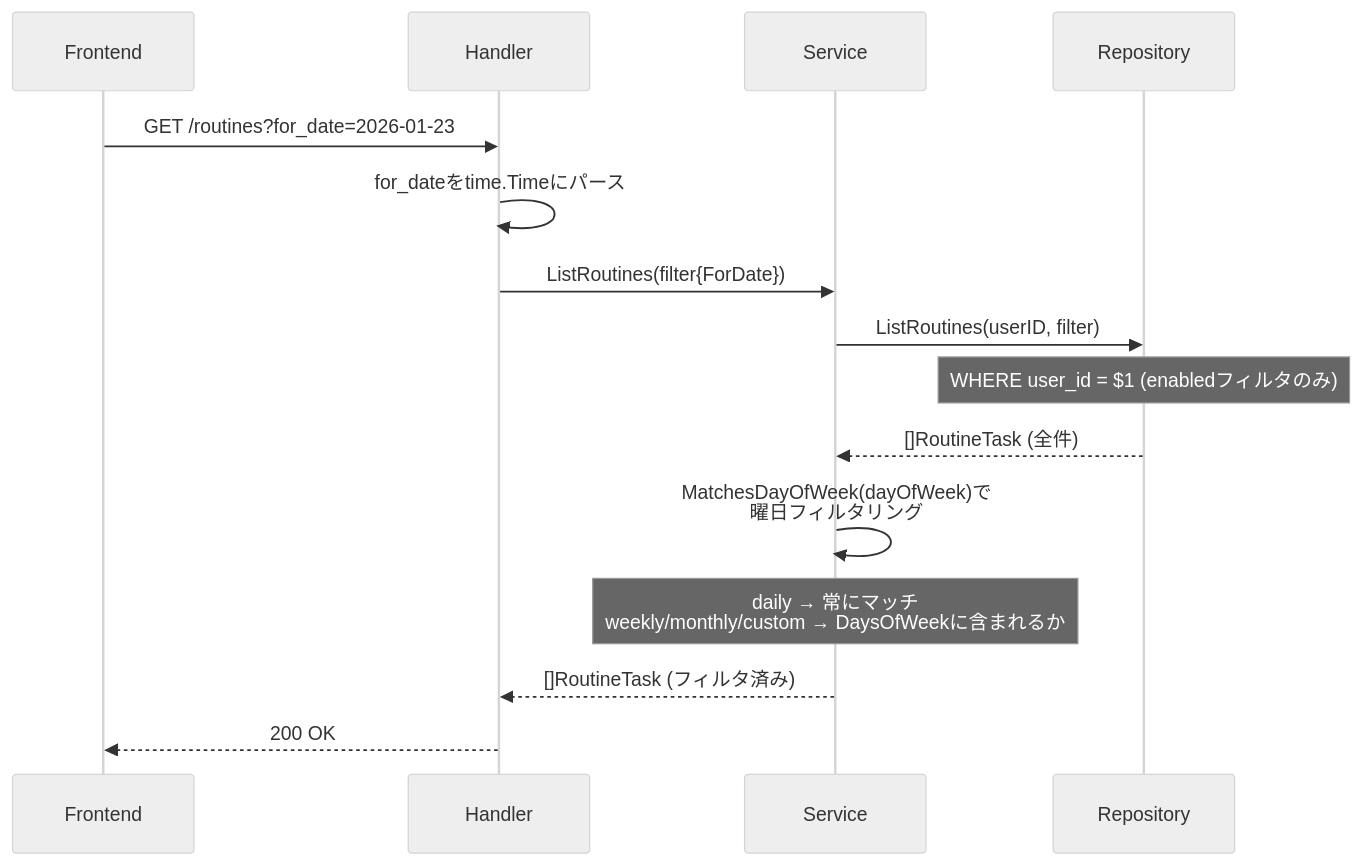
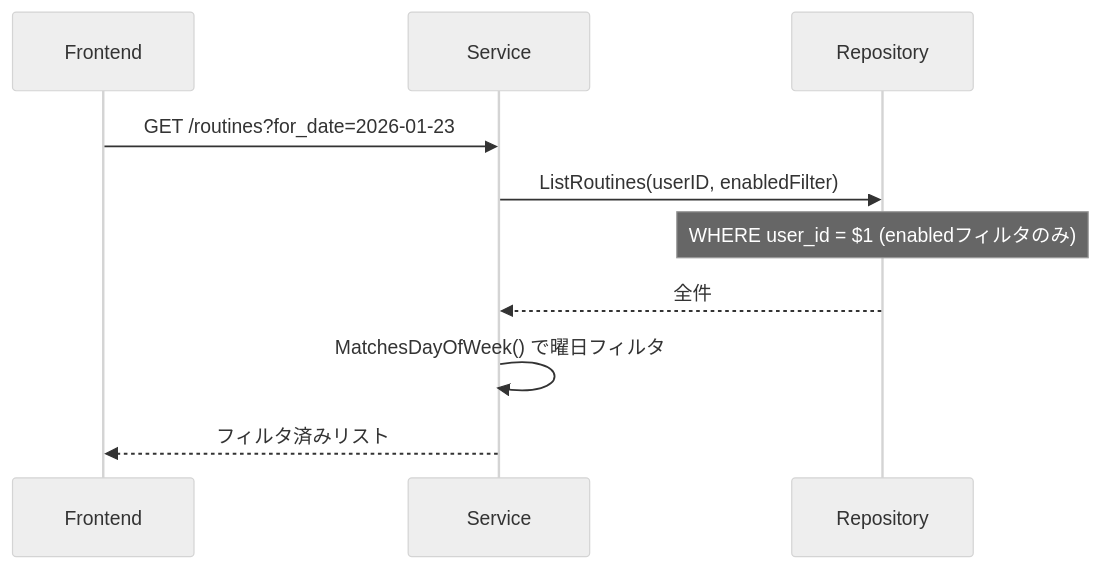
The third of 3 diagrams in backend/services/routine/ARCHITECTURE.md (yu-min3/kensan), drawn with Mermaid (neutral theme) before and after one commit. The commit also changed other lines of this file and 117 other files, not shown here.

````diff
--- a/backend/services/routine/ARCHITECTURE.md
+++ b/backend/services/routine/ARCHITECTURE.md
@@ -208,18 +102,13 @@
 ```mermaid
 sequenceDiagram
     participant Frontend
-    participant Handler
     participant Service
     participant Repository
 
-    Frontend->>Handler: GET /routines?for_date=2026-01-23
-    Handler->>Handler: for_dateをtime.Timeにパース
-    Handler->>Service: ListRoutines(filter{ForDate})
-    Service->>Repository: ListRoutines(userID, filter)
+    Frontend->>Service: GET /routines?for_date=2026-01-23
+    Service->>Repository: ListRoutines(userID, enabledFilter)
     Note over Repository: WHERE user_id = $1 (enabledフィルタのみ)
-    Repository-->>Service: []RoutineTask (全件)
-    Service->>Service: MatchesDayOfWeek(dayOfWeek)で<br/>曜日フィルタリング
-    Note over Service: daily → 常にマッチ<br/>weekly/monthly/custom → DaysOfWeekに含まれるか
-    Service-->>Handler: []RoutineTask (フィルタ済み)
-    Handler-->>Frontend: 200 OK
+    Repository-->>Service: 全件
+    Service->>Service: MatchesDayOfWeek() で曜日フィルタ
+    Service-->>Frontend: フィルタ済みリスト
 ```
````
